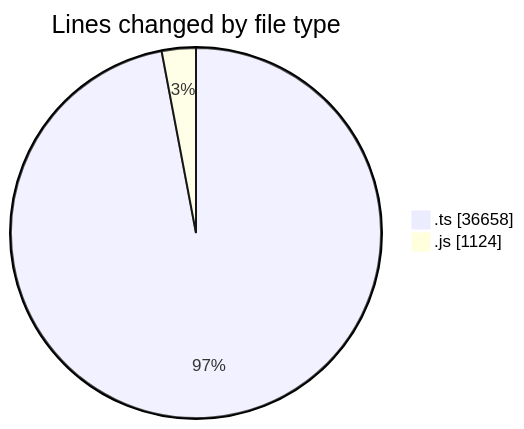
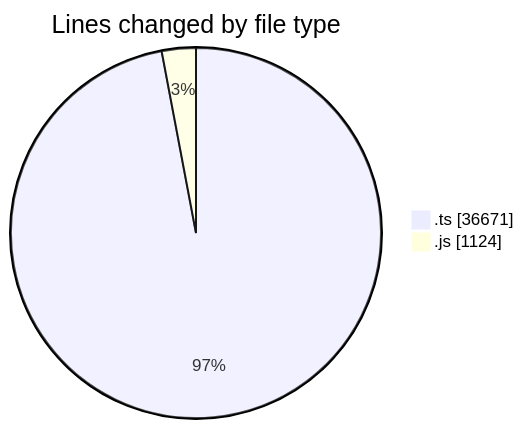
The first of 2 diagrams in 2026-10-23/cda/README.md (momahboobian/code-tracking), drawn with Mermaid before and after one commit. The commit also changed other lines of this file and 1 other file, not shown here.

````diff
--- a/2026-10-23/cda/README.md
+++ b/2026-10-23/cda/README.md
@@ -30,6 +30,6 @@
 ```mermaid
 pie showData
 title Lines changed by file type
-".ts" : 36658
+".ts" : 36671
 ".js" : 1124
 ```
````
